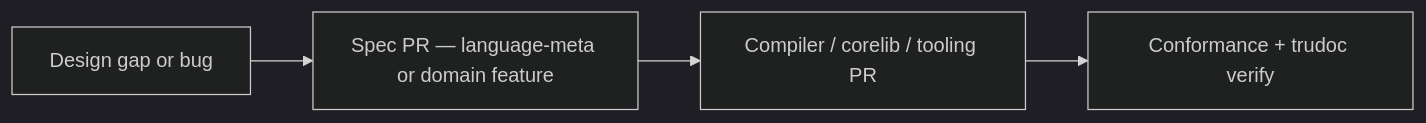
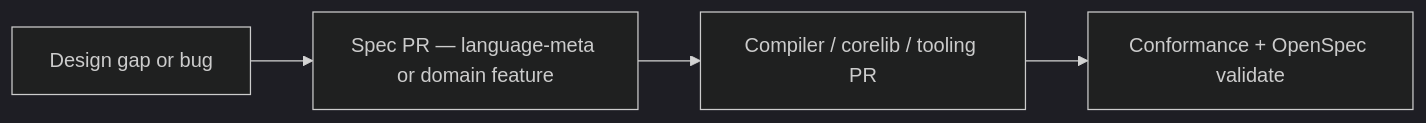
Before and after one commit to Cyber-Nomad-Collective/beskid: the diagram in site/website/src/content/docs/book/12-the-normative-bible/spec-leads-code.md, drawn with Mermaid (dark theme). The commit also changed 3556 other files, not shown here.

````diff
--- a/site/website/src/content/docs/book/12-the-normative-bible/spec-leads-code.md
+++ b/site/website/src/content/docs/book/12-the-normative-bible/spec-leads-code.md
@@ -15,8 +15,8 @@
 ```mermaid
 flowchart LR
   gap[Design gap or bug]
   spec[Spec PR — language-meta or domain feature]
   impl[Compiler / corelib / tooling PR]
-  verify[Conformance + trudoc verify]
+  verify[Conformance + OpenSpec validate]
   gap --> spec --> impl --> verify
 ```
````
